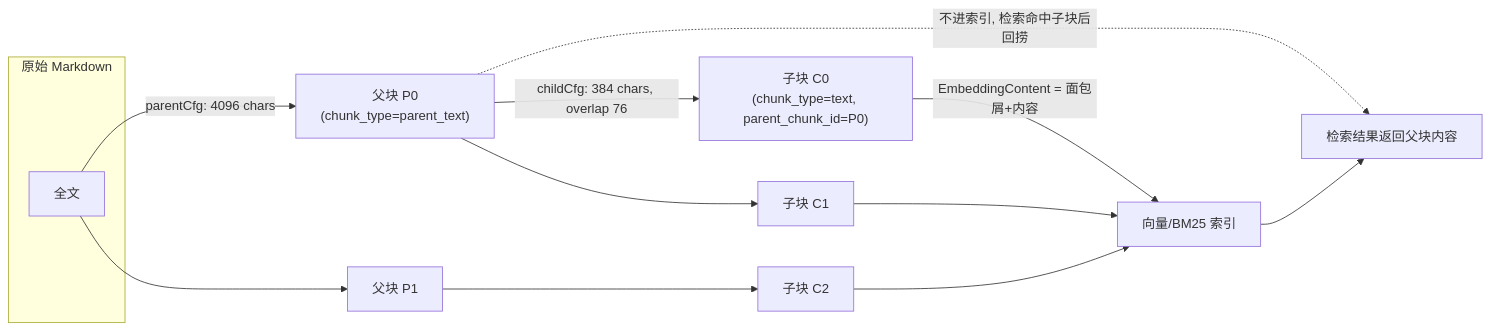
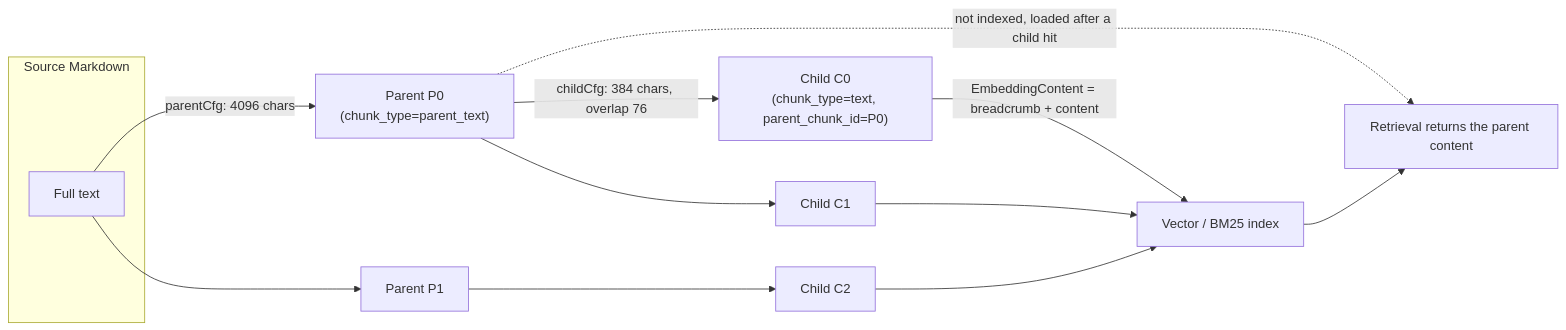
Before and after one commit to jrmatherly/ai-kb: the second of 2 diagrams in website-docs/03-features/04-chunking.md, drawn with Mermaid. The commit also changed other lines of this file and 5 other files, not shown here.

````diff
--- a/website-docs/03-features/04-chunking.md
+++ b/website-docs/03-features/04-chunking.md
@@ -290,16 +298,16 @@
 ```mermaid
 flowchart LR
-    subgraph Doc["原始 Markdown"]
-        T["全文"]
+    subgraph Doc["Source Markdown"]
+        T["Full text"]
     end
-    T -->|"parentCfg: 4096 chars"| P1["父块 P0<br/>(chunk_type=parent_text)"]
-    T --> P2["父块 P1"]
-    P1 -->|"childCfg: 384 chars, overlap 76"| C1["子块 C0<br/>(chunk_type=text, parent_chunk_id=P0)"]
-    P1 --> C2["子块 C1"]
-    P2 --> C3["子块 C2"]
-    C1 -->|"EmbeddingContent = 面包屑+内容"| V["向量/BM25 索引"]
+    T -->|"parentCfg: 4096 chars"| P1["Parent P0<br/>(chunk_type=parent_text)"]
+    T --> P2["Parent P1"]
+    P1 -->|"childCfg: 384 chars, overlap 76"| C1["Child C0<br/>(chunk_type=text, parent_chunk_id=P0)"]
+    P1 --> C2["Child C1"]
+    P2 --> C3["Child C2"]
+    C1 -->|"EmbeddingContent = breadcrumb + content"| V["Vector / BM25 index"]
     C2 --> V
     C3 --> V
-    P1 -.->|"不进索引, 检索命中子块后回捞"| R["检索结果返回父块内容"]
+    P1 -.->|"not indexed, loaded after a child hit"| R["Retrieval returns the parent content"]
     V --> R
 ```
````
